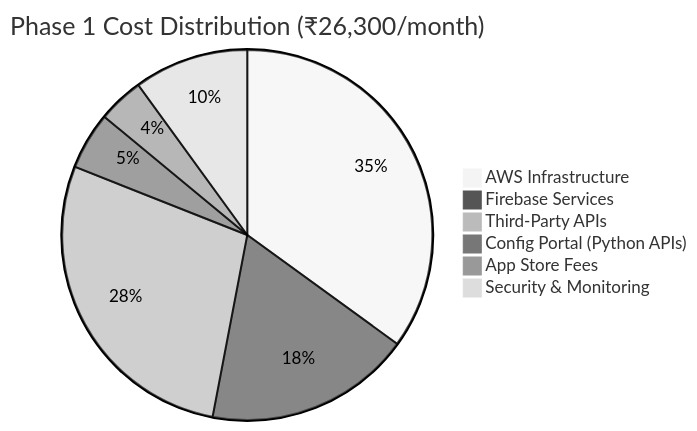
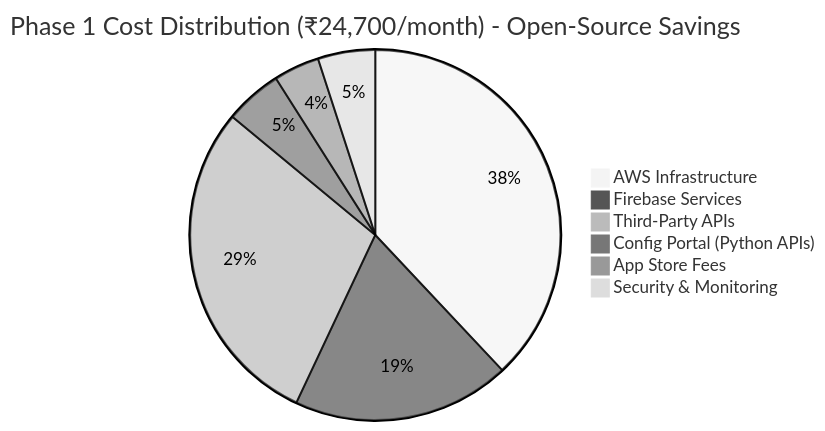
Diagram 15 of 17 in discovery/deployment/deployment-design.md (manizvlabs/agentmitra), drawn with Mermaid (neutral theme) before and after one commit. The commit also changed other lines of this file, not shown here.

First line of the commit message:
refactor: implement open-source monitoring stack - replace proprietary tools with Prometheus, Grafana, Loki

````diff
--- a/discovery/deployment/deployment-design.md
+++ b/discovery/deployment/deployment-design.md
@@ -2782,9 +2961,9 @@
 ```mermaid
-pie title Phase 1 Cost Distribution (₹26,300/month)
-    "AWS Infrastructure" : 35
-    "Firebase Services" : 18
-    "Third-Party APIs" : 28
+pie title Phase 1 Cost Distribution (₹24,700/month) - Open-Source Savings
+    "AWS Infrastructure" : 38
+    "Firebase Services" : 19
+    "Third-Party APIs" : 29
     "Config Portal (Python APIs)" : 5
     "App Store Fees" : 4
-    "Security & Monitoring" : 10
+    "Security & Monitoring" : 5
 ```
````
